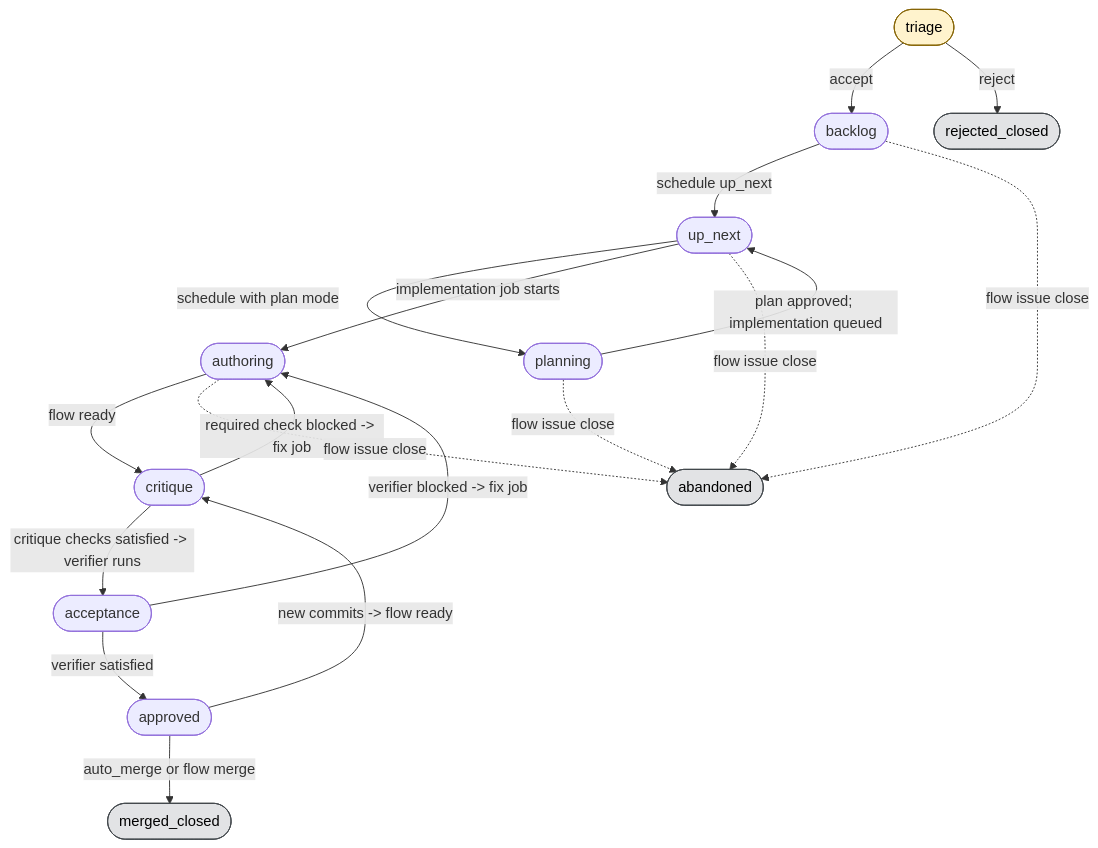
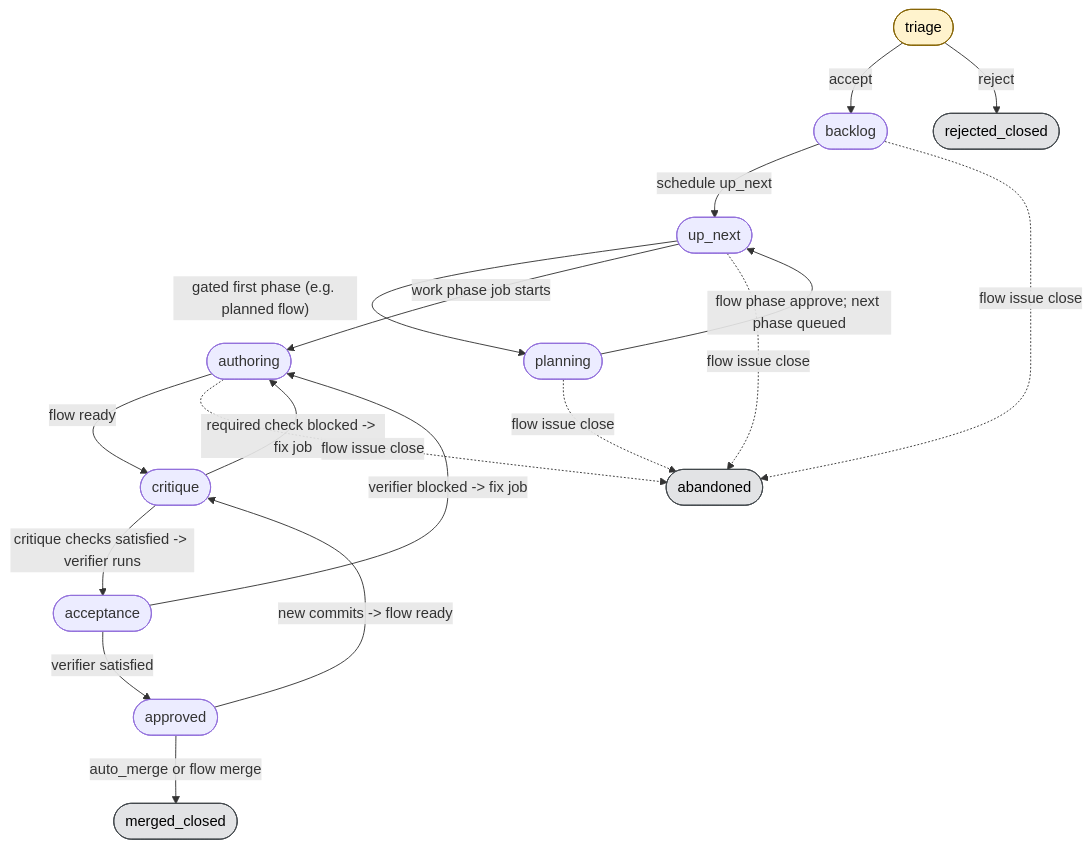
The diagram in docs/usage.md (ClarifiedLabs/flow), drawn with Mermaid before and after one commit. The commit also changed other lines of this file and 5 other files, not shown here.

Commit message:
docs: refresh user and architecture guides

````diff
--- a/docs/usage.md
+++ b/docs/usage.md
@@ -47,35 +48,35 @@
 ```mermaid
 flowchart TD
     triage([triage]):::inbox
     backlog([backlog])
     up_next([up_next])
     planning([planning])
     authoring([authoring])
     critique([critique])
     acceptance([acceptance])
     approved([approved])
     merged([merged_closed]):::done
     rejected([rejected_closed]):::done
     abandoned([abandoned]):::done
 
     triage -->|accept| backlog
     triage -->|reject| rejected
     backlog -->|"schedule up_next"| up_next
-    up_next -->|"schedule with plan mode"| planning
-    planning -->|"plan approved; implementation queued"| up_next
-    up_next -->|"implementation job starts"| authoring
+    up_next -->|"gated first phase (e.g. planned flow)"| planning
+    planning -->|"flow phase approve; next phase queued"| up_next
+    up_next -->|"work phase job starts"| authoring
     authoring -->|"flow ready"| critique
     critique -->|"required check blocked -> fix job"| authoring
     critique -->|"critique checks satisfied -> verifier runs"| acceptance
     acceptance -->|"verifier satisfied"| approved
     acceptance -->|"verifier blocked -> fix job"| authoring
     approved -->|"new commits -> flow ready"| critique
     approved -->|"auto_merge or flow merge"| merged
     backlog -.->|"flow issue close"| abandoned
     up_next -.->|"flow issue close"| abandoned
     planning -.->|"flow issue close"| abandoned
     authoring -.->|"flow issue close"| abandoned
 
     classDef inbox fill:#fff3cd,stroke:#856404,color:#000;
     classDef done fill:#e2e3e5,stroke:#41464b,color:#000;
 ```
````
